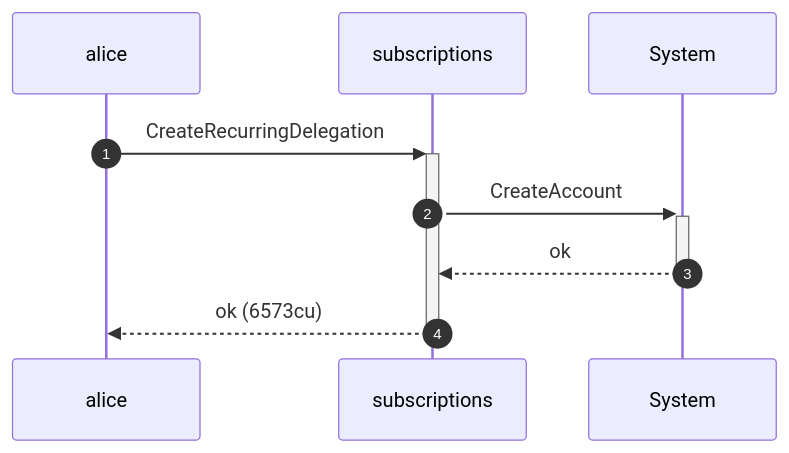
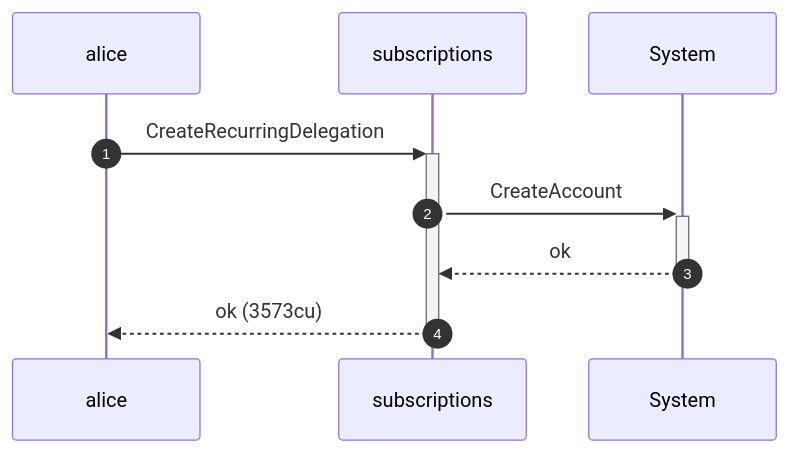
One commit to cds-rs/subscriptions changed the sixth of 8 diagrams in dsl_tests/recurring-transfer-over-a-stale-version-delegation-is-refused.md. Above: the diagram before and after it, drawn with Mermaid. The commit also changed other lines of this file and 224 other files, not shown here.

````diff
--- a/dsl_tests/recurring-transfer-over-a-stale-version-delegation-is-refused.md
+++ b/dsl_tests/recurring-transfer-over-a-stale-version-delegation-is-refused.md
@@ -116,11 +122,11 @@
 ```mermaid
 sequenceDiagram
     autonumber
     participant alice
     participant subscriptions
     participant System
     alice ->>+ subscriptions: CreateRecurringDelegation
     subscriptions ->>+ System: CreateAccount
     System -->>- subscriptions: ok
-    subscriptions -->>- alice: ok (6573cu)
+    subscriptions -->>- alice: ok (3573cu)
 ```
````
